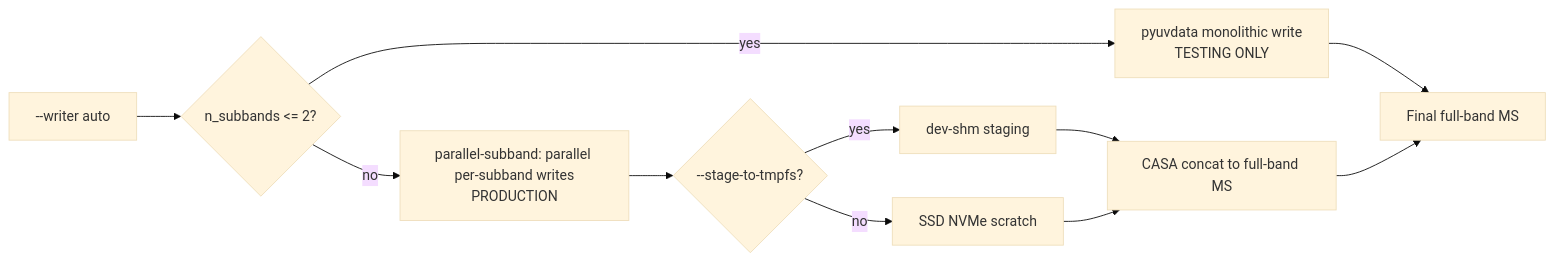
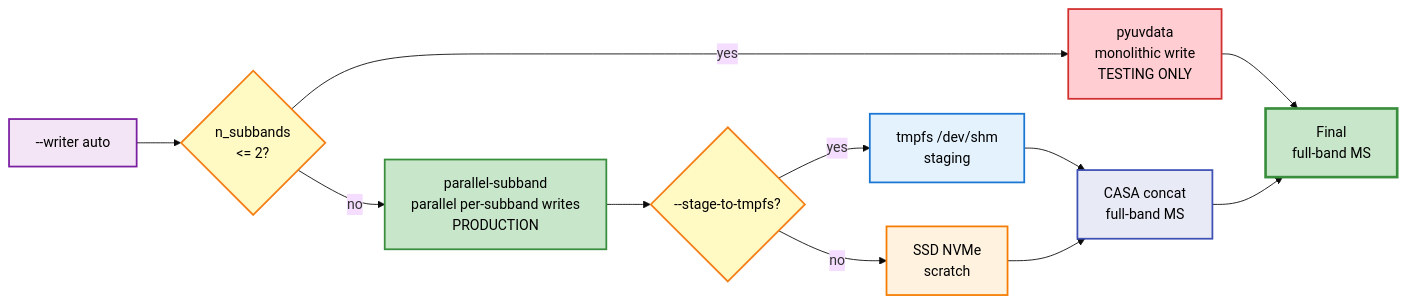
The second of 4 diagrams in docs/concepts/pipeline_overview.md (dsa110/dsa110-contimg), drawn with Mermaid (base theme) before and after one commit. The commit also changed other lines of this file and 423 other files, not shown here.

````diff
--- a/docs/concepts/pipeline_overview.md
+++ b/docs/concepts/pipeline_overview.md
@@ -30,13 +41,23 @@
 ```mermaid
 flowchart LR
-  Auto[--writer auto] --> N{n_subbands <= 2?}
-  N -->|yes| Mono[pyuvdata monolithic write<br/>TESTING ONLY]
-  N -->|no| Par[parallel-subband: parallel per-subband writes<br/>PRODUCTION]
-  Par --> Stage{--stage-to-tmpfs?}
-  Stage -->|yes| Tmp[dev-shm staging]
-  Stage -->|no| Disk[SSD NVMe scratch]
-  Tmp --> Concat[CASA concat to full-band MS]
+  Auto["--writer auto"] --> N{"n_subbands<br/><= 2?"}
+  N -->|yes| Mono["pyuvdata<br/>monolithic write<br/>TESTING ONLY"]
+  N -->|no| Par["parallel-subband<br/>parallel per-subband writes<br/>PRODUCTION"]
+  Par --> Stage{"--stage-to-tmpfs?"}
+  Stage -->|yes| Tmp["tmpfs /dev/shm<br/>staging"]
+  Stage -->|no| Disk["SSD NVMe<br/>scratch"]
+  Tmp --> Concat["CASA concat<br/>full-band MS"]
   Disk --> Concat
-  Mono --> MS[Final full-band MS]
+  Mono --> MS["Final<br/>full-band MS"]
   Concat --> MS
+  
+  style Auto fill:#F3E5F5,stroke:#7B1FA2,stroke-width:2px,color:#000
+  style N fill:#FFF9C4,stroke:#F57F17,stroke-width:2px,color:#000
+  style Mono fill:#FFCDD2,stroke:#D32F2F,stroke-width:2px,color:#000
+  style Par fill:#C8E6C9,stroke:#388E3C,stroke-width:2px,color:#000
+  style Stage fill:#FFF9C4,stroke:#F57F17,stroke-width:2px,color:#000
+  style Tmp fill:#E3F2FD,stroke:#1976D2,stroke-width:2px,color:#000
+  style Disk fill:#FFF3E0,stroke:#F57C00,stroke-width:2px,color:#000
+  style Concat fill:#E8EAF6,stroke:#3F51B5,stroke-width:2px,color:#000
+  style MS fill:#C8E6C9,stroke:#388E3C,stroke-width:3px,color:#000
 ```
````
